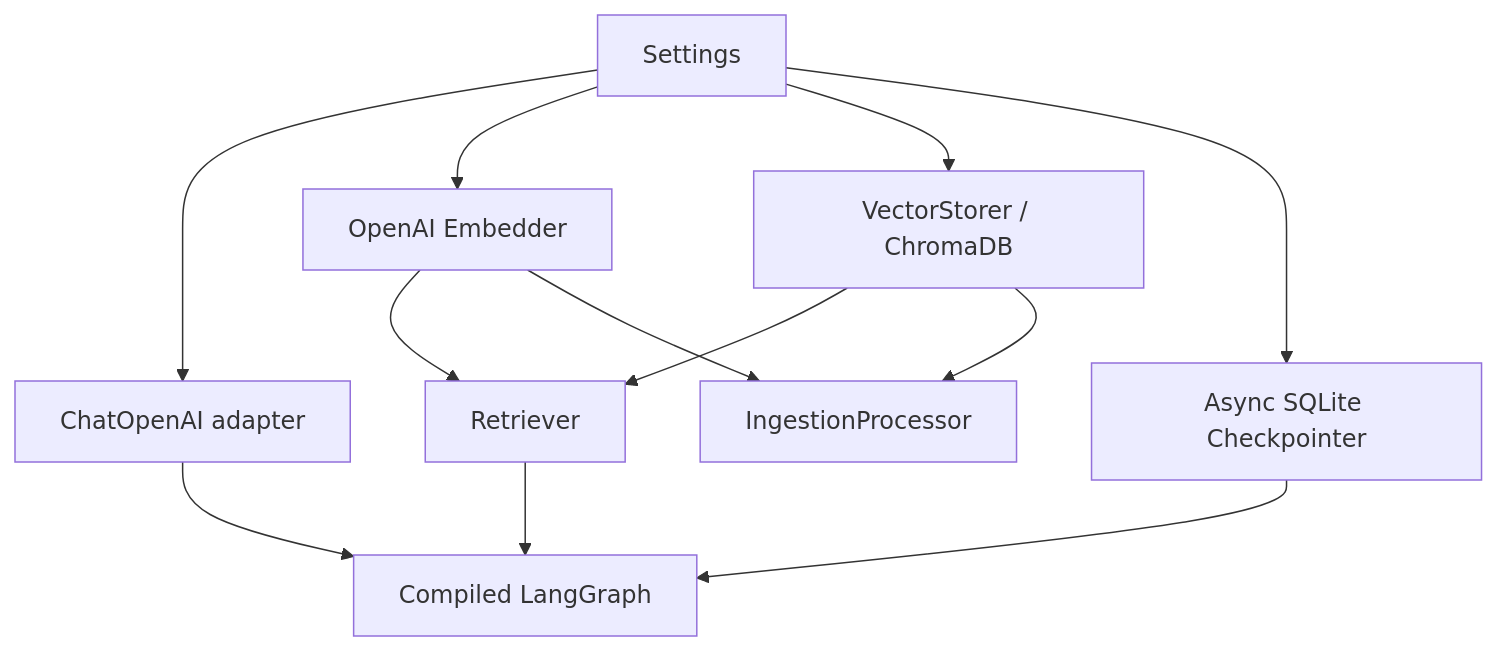
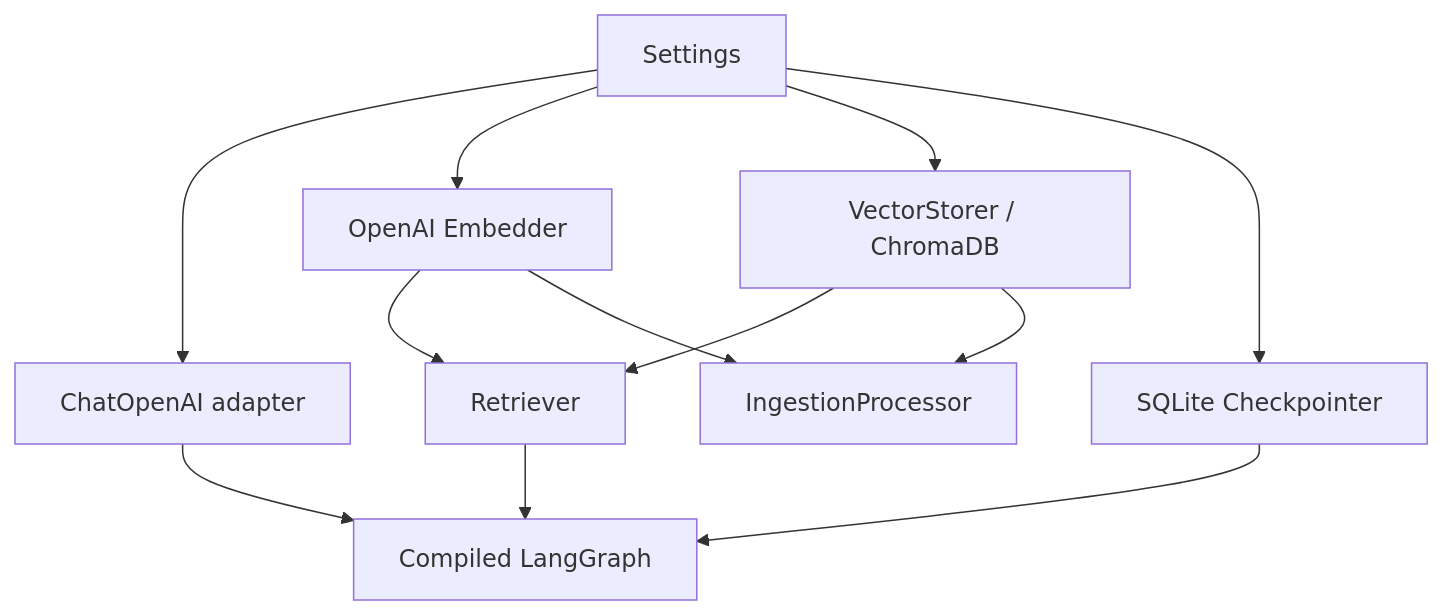
One commit to goswamisaurabh1986/tata-nexon-chatbot changed the fifth of 5 diagrams in architecture.md. Above: the diagram before and after it, drawn with Mermaid. The commit also changed other lines of this file and 4 other files, not shown here.

Commit message:
Use synchronous SQLite checkpointer

````diff
--- a/architecture.md
+++ b/architecture.md
@@ -304,14 +304,14 @@
 ```mermaid
 flowchart TD
     Settings[Settings] --> LLM[ChatOpenAI adapter]
     Settings --> Embedder[OpenAI Embedder]
     Settings --> Store[VectorStorer / ChromaDB]
-    Settings --> Memory[Async SQLite Checkpointer]
+    Settings --> Memory[SQLite Checkpointer]
     Embedder --> Retriever[Retriever]
     Store --> Retriever
     LLM --> Graph[Compiled LangGraph]
     Retriever --> Graph
     Memory --> Graph
     Embedder --> Processor[IngestionProcessor]
     Store --> Processor
 ```
````
